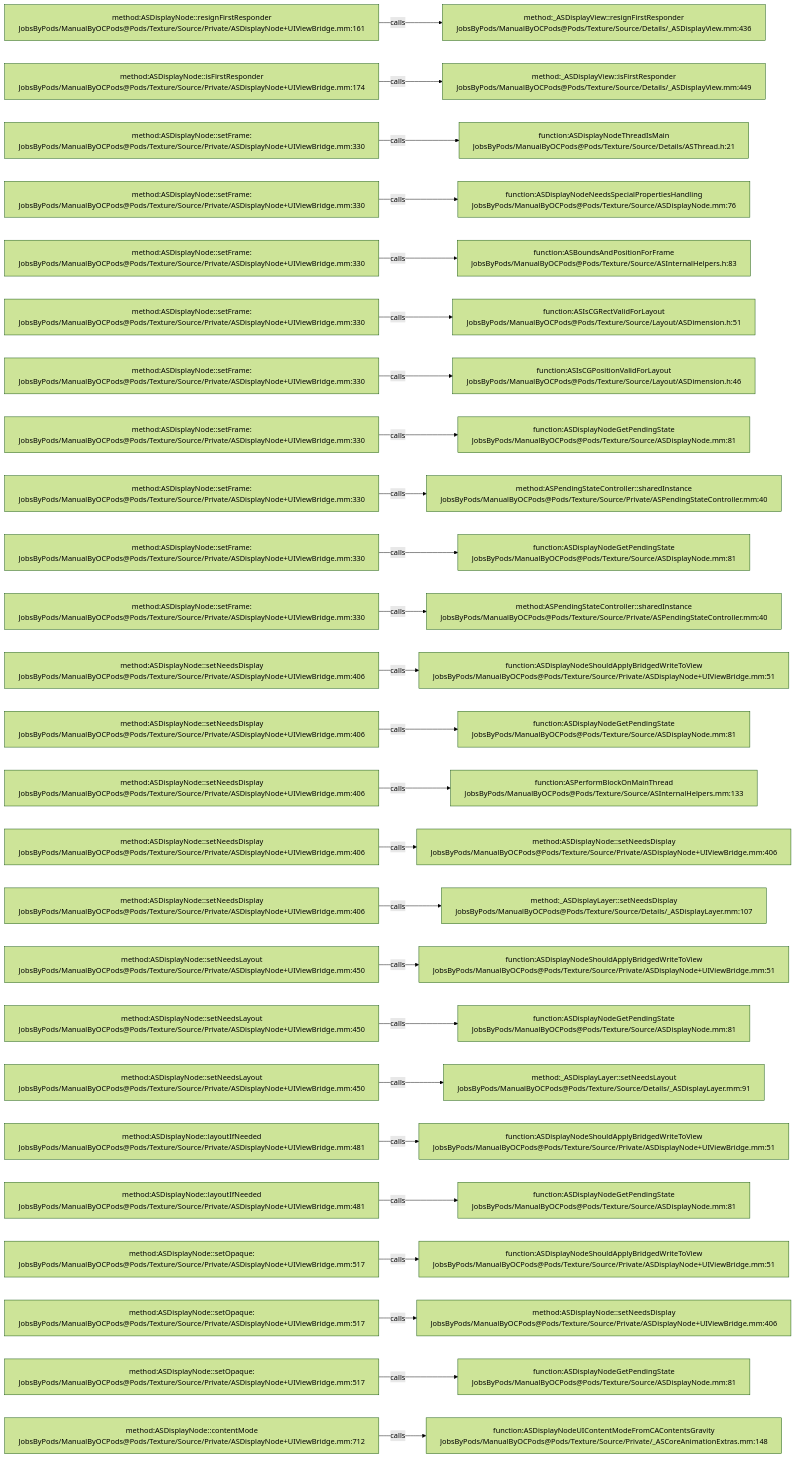
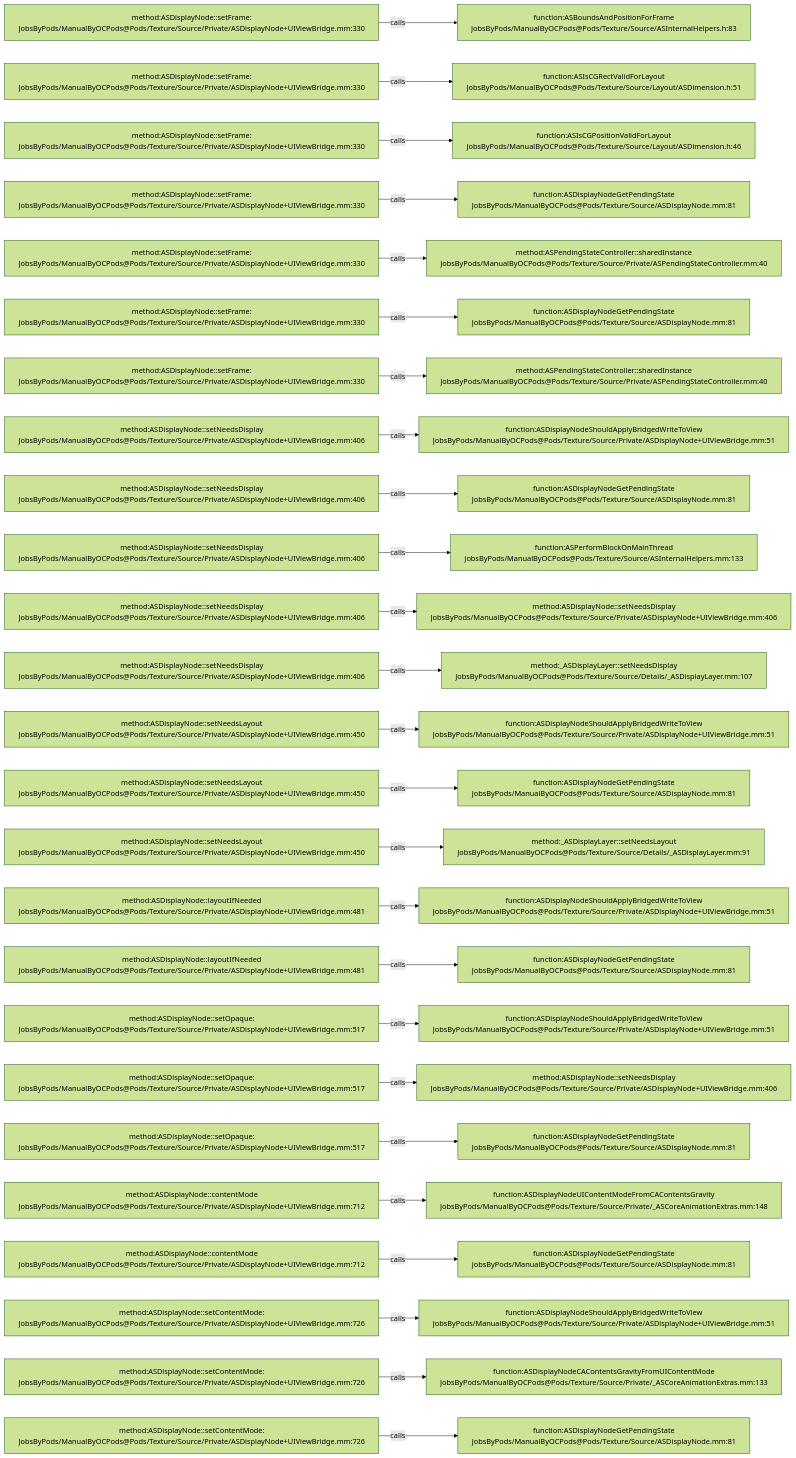
Before and after one commit to JobsKits/JobsOCBaseConfigDemo: the diagram in .codegraph/codegraph.md/graphs/calls-186.md, drawn with Mermaid (forest theme). The commit also changed 727 other files, not shown here.

````diff
--- a/.codegraph/codegraph.md/graphs/calls-186.md
+++ b/.codegraph/codegraph.md/graphs/calls-186.md
@@ -13,78 +13,78 @@
 ```mermaid
 flowchart LR
-  S1["method:ASDisplayNode::resignFirstResponder<br/>JobsByPods/ManualByOCPods@Pods/Texture/Source/Private/ASDisplayNode+UIViewBridge.mm:161"]
-  T1["method:_ASDisplayView::resignFirstResponder<br/>JobsByPods/ManualByOCPods@Pods/Texture/Source/Details/_ASDisplayView.mm:436"]
+  S1["method:ASDisplayNode::setFrame:<br/>JobsByPods/ManualByOCPods@Pods/Texture/Source/Private/ASDisplayNode+UIViewBridge.mm:330"]
+  T1["function:ASBoundsAndPositionForFrame<br/>JobsByPods/ManualByOCPods@Pods/Texture/Source/ASInternalHelpers.h:83"]
   S1 -->|calls| T1
-  S2["method:ASDisplayNode::isFirstResponder<br/>JobsByPods/ManualByOCPods@Pods/Texture/Source/Private/ASDisplayNode+UIViewBridge.mm:174"]
-  T2["method:_ASDisplayView::isFirstResponder<br/>JobsByPods/ManualByOCPods@Pods/Texture/Source/Details/_ASDisplayView.mm:449"]
+  S2["method:ASDisplayNode::setFrame:<br/>JobsByPods/ManualByOCPods@Pods/Texture/Source/Private/ASDisplayNode+UIViewBridge.mm:330"]
+  T2["function:ASIsCGRectValidForLayout<br/>JobsByPods/ManualByOCPods@Pods/Texture/Source/Layout/ASDimension.h:51"]
   S2 -->|calls| T2
   S3["method:ASDisplayNode::setFrame:<br/>JobsByPods/ManualByOCPods@Pods/Texture/Source/Private/ASDisplayNode+UIViewBridge.mm:330"]
-  T3["function:ASDisplayNodeThreadIsMain<br/>JobsByPods/ManualByOCPods@Pods/Texture/Source/Details/ASThread.h:21"]
+  T3["function:ASIsCGPositionValidForLayout<br/>JobsByPods/ManualByOCPods@Pods/Texture/Source/Layout/ASDimension.h:46"]
   S3 -->|calls| T3
   S4["method:ASDisplayNode::setFrame:<br/>JobsByPods/ManualByOCPods@Pods/Texture/Source/Private/ASDisplayNode+UIViewBridge.mm:330"]
-  T4["function:ASDisplayNodeNeedsSpecialPropertiesHandling<br/>JobsByPods/ManualByOCPods@Pods/Texture/Source/ASDisplayNode.mm:76"]
+  T4["function:ASDisplayNodeGetPendingState<br/>JobsByPods/ManualByOCPods@Pods/Texture/Source/ASDisplayNode.mm:81"]
   S4 -->|calls| T4
   S5["method:ASDisplayNode::setFrame:<br/>JobsByPods/ManualByOCPods@Pods/Texture/Source/Private/ASDisplayNode+UIViewBridge.mm:330"]
-  T5["function:ASBoundsAndPositionForFrame<br/>JobsByPods/ManualByOCPods@Pods/Texture/Source/ASInternalHelpers.h:83"]
+  T5["method:ASPendingStateController::sharedInstance<br/>JobsByPods/ManualByOCPods@Pods/Texture/Source/Private/ASPendingStateController.mm:40"]
   S5 -->|calls| T5
   S6["method:ASDisplayNode::setFrame:<br/>JobsByPods/ManualByOCPods@Pods/Texture/Source/Private/ASDisplayNode+UIViewBridge.mm:330"]
-  T6["function:ASIsCGRectValidForLayout<br/>JobsByPods/ManualByOCPods@Pods/Texture/Source/Layout/ASDimension.h:51"]
+  T6["function:ASDisplayNodeGetPendingState<br/>JobsByPods/ManualByOCPods@Pods/Texture/Source/ASDisplayNode.mm:81"]
   S6 -->|calls| T6
   S7["method:ASDisplayNode::setFrame:<br/>JobsByPods/ManualByOCPods@Pods/Texture/Source/Private/ASDisplayNode+UIViewBridge.mm:330"]
-  T7["function:ASIsCGPositionValidForLayout<br/>JobsByPods/ManualByOCPods@Pods/Texture/Source/Layout/ASDimension.h:46"]
+  T7["method:ASPendingStateController::sharedInstance<br/>JobsByPods/ManualByOCPods@Pods/Texture/Source/Private/ASPendingStateController.mm:40"]
   S7 -->|calls| T7
-  S8["method:ASDisplayNode::setFrame:<br/>JobsByPods/ManualByOCPods@Pods/Texture/Source/Private/ASDisplayNode+UIViewBridge.mm:330"]
-  T8["function:ASDisplayNodeGetPendingState<br/>JobsByPods/ManualByOCPods@Pods/Texture/Source/ASDisplayNode.mm:81"]
+  S8["method:ASDisplayNode::setNeedsDisplay<br/>JobsByPods/ManualByOCPods@Pods/Texture/Source/Private/ASDisplayNode+UIViewBridge.mm:406"]
+  T8["function:ASDisplayNodeShouldApplyBridgedWriteToView<br/>JobsByPods/ManualByOCPods@Pods/Texture/Source/Private/ASDisplayNode+UIViewBridge.mm:51"]
   S8 -->|calls| T8
-  S9["method:ASDisplayNode::setFrame:<br/>JobsByPods/ManualByOCPods@Pods/Texture/Source/Private/ASDisplayNode+UIViewBridge.mm:330"]
-  T9["method:ASPendingStateController::sharedInstance<br/>JobsByPods/ManualByOCPods@Pods/Texture/Source/Private/ASPendingStateController.mm:40"]
+  S9["method:ASDisplayNode::setNeedsDisplay<br/>JobsByPods/ManualByOCPods@Pods/Texture/Source/Private/ASDisplayNode+UIViewBridge.mm:406"]
+  T9["function:ASDisplayNodeGetPendingState<br/>JobsByPods/ManualByOCPods@Pods/Texture/Source/ASDisplayNode.mm:81"]
   S9 -->|calls| T9
-  S10["method:ASDisplayNode::setFrame:<br/>JobsByPods/ManualByOCPods@Pods/Texture/Source/Private/ASDisplayNode+UIViewBridge.mm:330"]
-  T10["function:ASDisplayNodeGetPendingState<br/>JobsByPods/ManualByOCPods@Pods/Texture/Source/ASDisplayNode.mm:81"]
+  S10["method:ASDisplayNode::setNeedsDisplay<br/>JobsByPods/ManualByOCPods@Pods/Texture/Source/Private/ASDisplayNode+UIViewBridge.mm:406"]
+  T10["function:ASPerformBlockOnMainThread<br/>JobsByPods/ManualByOCPods@Pods/Texture/Source/ASInternalHelpers.mm:133"]
   S10 -->|calls| T10
-  S11["method:ASDisplayNode::setFrame:<br/>JobsByPods/ManualByOCPods@Pods/Texture/Source/Private/ASDisplayNode+UIViewBridge.mm:330"]
-  T11["method:ASPendingStateController::sharedInstance<br/>JobsByPods/ManualByOCPods@Pods/Texture/Source/Private/ASPendingStateController.mm:40"]
+  S11["method:ASDisplayNode::setNeedsDisplay<br/>JobsByPods/ManualByOCPods@Pods/Texture/Source/Private/ASDisplayNode+UIViewBridge.mm:406"]
+  T11["method:ASDisplayNode::setNeedsDisplay<br/>JobsByPods/ManualByOCPods@Pods/Texture/Source/Private/ASDisplayNode+UIViewBridge.mm:406"]
   S11 -->|calls| T11
   S12["method:ASDisplayNode::setNeedsDisplay<br/>JobsByPods/ManualByOCPods@Pods/Texture/Source/Private/ASDisplayNode+UIViewBridge.mm:406"]
-  T12["function:ASDisplayNodeShouldApplyBridgedWriteToView<br/>JobsByPods/ManualByOCPods@Pods/Texture/Source/Private/ASDisplayNode+UIViewBridge.mm:51"]
+  T12["method:_ASDisplayLayer::setNeedsDisplay<br/>JobsByPods/ManualByOCPods@Pods/Texture/Source/Details/_ASDisplayLayer.mm:107"]
   S12 -->|calls| T12
-  S13["method:ASDisplayNode::setNeedsDisplay<br/>JobsByPods/ManualByOCPods@Pods/Texture/Source/Private/ASDisplayNode+UIViewBridge.mm:406"]
-  T13["function:ASDisplayNodeGetPendingState<br/>JobsByPods/ManualByOCPods@Pods/Texture/Source/ASDisplayNode.mm:81"]
+  S13["method:ASDisplayNode::setNeedsLayout<br/>JobsByPods/ManualByOCPods@Pods/Texture/Source/Private/ASDisplayNode+UIViewBridge.mm:450"]
+  T13["function:ASDisplayNodeShouldApplyBridgedWriteToView<br/>JobsByPods/ManualByOCPods@Pods/Texture/Source/Private/ASDisplayNode+UIViewBridge.mm:51"]
   S13 -->|calls| T13
-  S14["method:ASDisplayNode::setNeedsDisplay<br/>JobsByPods/ManualByOCPods@Pods/Texture/Source/Private/ASDisplayNode+UIViewBridge.mm:406"]
-  T14["function:ASPerformBlockOnMainThread<br/>JobsByPods/ManualByOCPods@Pods/Texture/Source/ASInternalHelpers.mm:133"]
+  S14["method:ASDisplayNode::setNeedsLayout<br/>JobsByPods/ManualByOCPods@Pods/Texture/Source/Private/ASDisplayNode+UIViewBridge.mm:450"]
+  T14["function:ASDisplayNodeGetPendingState<br/>JobsByPods/ManualByOCPods@Pods/Texture/Source/ASDisplayNode.mm:81"]
   S14 -->|calls| T14
-  S15["method:ASDisplayNode::setNeedsDisplay<br/>JobsByPods/ManualByOCPods@Pods/Texture/Source/Private/ASDisplayNode+UIViewBridge.mm:406"]
-  T15["method:ASDisplayNode::setNeedsDisplay<br/>JobsByPods/ManualByOCPods@Pods/Texture/Source/Private/ASDisplayNode+UIViewBridge.mm:406"]
+  S15["method:ASDisplayNode::setNeedsLayout<br/>JobsByPods/ManualByOCPods@Pods/Texture/Source/Private/ASDisplayNode+UIViewBridge.mm:450"]
+  T15["method:_ASDisplayLayer::setNeedsLayout<br/>JobsByPods/ManualByOCPods@Pods/Texture/Source/Details/_ASDisplayLayer.mm:91"]
   S15 -->|calls| T15
-  S16["method:ASDisplayNode::setNeedsDisplay<br/>JobsByPods/ManualByOCPods@Pods/Texture/Source/Private/ASDisplayNode+UIViewBridge.mm:406"]
-  T16["method:_ASDisplayLayer::setNeedsDisplay<br/>JobsByPods/ManualByOCPods@Pods/Texture/Source/Details/_ASDisplayLayer.mm:107"]
+  S16["method:ASDisplayNode::layoutIfNeeded<br/>JobsByPods/ManualByOCPods@Pods/Texture/Source/Private/ASDisplayNode+UIViewBridge.mm:481"]
+  T16["function:ASDisplayNodeShouldApplyBridgedWriteToView<br/>JobsByPods/ManualByOCPods@Pods/Texture/Source/Private/ASDisplayNode+UIViewBridge.mm:51"]
   S16 -->|calls| T16
-  S17["method:ASDisplayNode::setNeedsLayout<br/>JobsByPods/ManualByOCPods@Pods/Texture/Source/Private/ASDisplayNode+UIViewBridge.mm:450"]
-  T17["function:ASDisplayNodeShouldApplyBridgedWriteToView<br/>JobsByPods/ManualByOCPods@Pods/Texture/Source/Private/ASDisplayNode+UIViewBridge.mm:51"]
+  S17["method:ASDisplayNode::layoutIfNeeded<br/>JobsByPods/ManualByOCPods@Pods/Texture/Source/Private/ASDisplayNode+UIViewBridge.mm:481"]
+  T17["function:ASDisplayNodeGetPendingState<br/>JobsByPods/ManualByOCPods@Pods/Texture/Source/ASDisplayNode.mm:81"]
   S17 -->|calls| T17
-  S18["method:ASDisplayNode::setNeedsLayout<br/>JobsByPods/ManualByOCPods@Pods/Texture/Source/Private/ASDisplayNode+UIViewBridge.mm:450"]
-  T18["function:ASDisplayNodeGetPendingState<br/>JobsByPods/ManualByOCPods@Pods/Texture/Source/ASDisplayNode.mm:81"]
+  S18["method:ASDisplayNode::setOpaque:<br/>JobsByPods/ManualByOCPods@Pods/Texture/Source/Private/ASDisplayNode+UIViewBridge.mm:517"]
+  T18["function:ASDisplayNodeShouldApplyBridgedWriteToView<br/>JobsByPods/ManualByOCPods@Pods/Texture/Source/Private/ASDisplayNode+UIViewBridge.mm:51"]
   S18 -->|calls| T18
-  S19["method:ASDisplayNode::setNeedsLayout<br/>JobsByPods/ManualByOCPods@Pods/Texture/Source/Private/ASDisplayNode+UIViewBridge.mm:450"]
-  T19["method:_ASDisplayLayer::setNeedsLayout<br/>JobsByPods/ManualByOCPods@Pods/Texture/Source/Details/_ASDisplayLayer.mm:91"]
+  S19["method:ASDisplayNode::setOpaque:<br/>JobsByPods/ManualByOCPods@Pods/Texture/Source/Private/ASDisplayNode+UIViewBridge.mm:517"]
+  T19["method:ASDisplayNode::setNeedsDisplay<br/>JobsByPods/ManualByOCPods@Pods/Texture/Source/Private/ASDisplayNode+UIViewBridge.mm:406"]
   S19 -->|calls| T19
-  S20["method:ASDisplayNode::layoutIfNeeded<br/>JobsByPods/ManualByOCPods@Pods/Texture/Source/Private/ASDisplayNode+UIViewBridge.mm:481"]
-  T20["function:ASDisplayNodeShouldApplyBridgedWriteToView<br/>JobsByPods/ManualByOCPods@Pods/Texture/Source/Private/ASDisplayNode+UIViewBridge.mm:51"]
+  S20["method:ASDisplayNode::setOpaque:<br/>JobsByPods/ManualByOCPods@Pods/Texture/Source/Private/ASDisplayNode+UIViewBridge.mm:517"]
+  T20["function:ASDisplayNodeGetPendingState<br/>JobsByPods/ManualByOCPods@Pods/Texture/Source/ASDisplayNode.mm:81"]
   S20 -->|calls| T20
-  S21["method:ASDisplayNode::layoutIfNeeded<br/>JobsByPods/ManualByOCPods@Pods/Texture/Source/Private/ASDisplayNode+UIViewBridge.mm:481"]
-  T21["function:ASDisplayNodeGetPendingState<br/>JobsByPods/ManualByOCPods@Pods/Texture/Source/ASDisplayNode.mm:81"]
+  S21["method:ASDisplayNode::contentMode<br/>JobsByPods/ManualByOCPods@Pods/Texture/Source/Private/ASDisplayNode+UIViewBridge.mm:712"]
+  T21["function:ASDisplayNodeUIContentModeFromCAContentsGravity<br/>JobsByPods/ManualByOCPods@Pods/Texture/Source/Private/_ASCoreAnimationExtras.mm:148"]
   S21 -->|calls| T21
-  S22["method:ASDisplayNode::setOpaque:<br/>JobsByPods/ManualByOCPods@Pods/Texture/Source/Private/ASDisplayNode+UIViewBridge.mm:517"]
-  T22["function:ASDisplayNodeShouldApplyBridgedWriteToView<br/>JobsByPods/ManualByOCPods@Pods/Texture/Source/Private/ASDisplayNode+UIViewBridge.mm:51"]
+  S22["method:ASDisplayNode::contentMode<br/>JobsByPods/ManualByOCPods@Pods/Texture/Source/Private/ASDisplayNode+UIViewBridge.mm:712"]
+  T22["function:ASDisplayNodeGetPendingState<br/>JobsByPods/ManualByOCPods@Pods/Texture/Source/ASDisplayNode.mm:81"]
   S22 -->|calls| T22
-  S23["method:ASDisplayNode::setOpaque:<br/>JobsByPods/ManualByOCPods@Pods/Texture/Source/Private/ASDisplayNode+UIViewBridge.mm:517"]
-  T23["method:ASDisplayNode::setNeedsDisplay<br/>JobsByPods/ManualByOCPods@Pods/Texture/Source/Private/ASDisplayNode+UIViewBridge.mm:406"]
+  S23["method:ASDisplayNode::setContentMode:<br/>JobsByPods/ManualByOCPods@Pods/Texture/Source/Private/ASDisplayNode+UIViewBridge.mm:726"]
+  T23["function:ASDisplayNodeShouldApplyBridgedWriteToView<br/>JobsByPods/ManualByOCPods@Pods/Texture/Source/Private/ASDisplayNode+UIViewBridge.mm:51"]
   S23 -->|calls| T23
-  S24["method:ASDisplayNode::setOpaque:<br/>JobsByPods/ManualByOCPods@Pods/Texture/Source/Private/ASDisplayNode+UIViewBridge.mm:517"]
-  T24["function:ASDisplayNodeGetPendingState<br/>JobsByPods/ManualByOCPods@Pods/Texture/Source/ASDisplayNode.mm:81"]
+  S24["method:ASDisplayNode::setContentMode:<br/>JobsByPods/ManualByOCPods@Pods/Texture/Source/Private/ASDisplayNode+UIViewBridge.mm:726"]
+  T24["function:ASDisplayNodeCAContentsGravityFromUIContentMode<br/>JobsByPods/ManualByOCPods@Pods/Texture/Source/Private/_ASCoreAnimationExtras.mm:133"]
   S24 -->|calls| T24
-  S25["method:ASDisplayNode::contentMode<br/>JobsByPods/ManualByOCPods@Pods/Texture/Source/Private/ASDisplayNode+UIViewBridge.mm:712"]
-  T25["function:ASDisplayNodeUIContentModeFromCAContentsGravity<br/>JobsByPods/ManualByOCPods@Pods/Texture/Source/Private/_ASCoreAnimationExtras.mm:148"]
+  S25["method:ASDisplayNode::setContentMode:<br/>JobsByPods/ManualByOCPods@Pods/Texture/Source/Private/ASDisplayNode+UIViewBridge.mm:726"]
+  T25["function:ASDisplayNodeGetPendingState<br/>JobsByPods/ManualByOCPods@Pods/Texture/Source/ASDisplayNode.mm:81"]
   S25 -->|calls| T25
 ```
````
